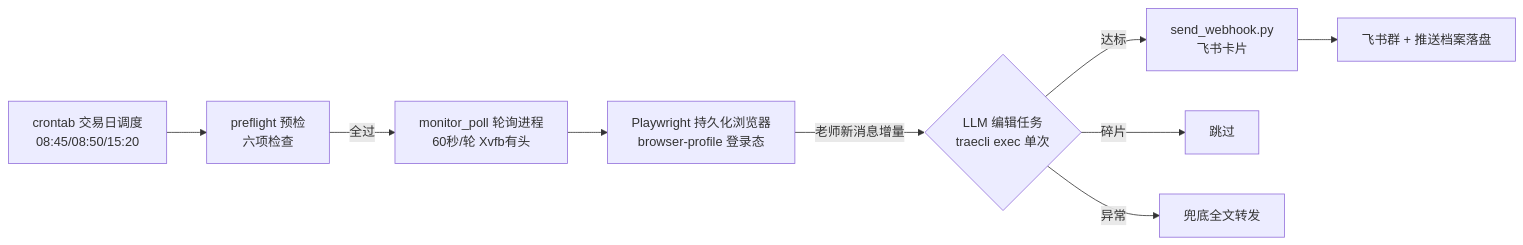
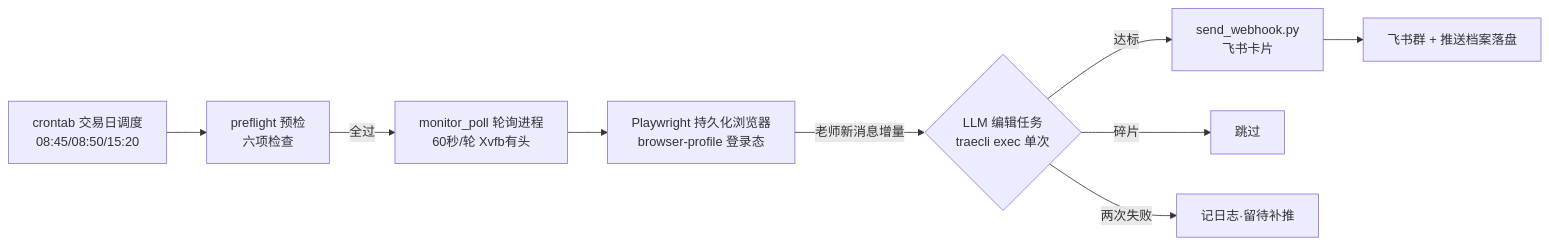
The diagram in docs/直播监控方案.md (seuzxh/live-monitor-agent), drawn with Mermaid before and after one commit. The commit also changed other lines of this file and 2 other files, not shown here.

First line of the commit message:
docs: fix#4/#7 漏网三处同步（流程图节点/数据流注释/deploy 差异表）

````diff
--- a/docs/直播监控方案.md
+++ b/docs/直播监控方案.md
@@ -12,11 +12,11 @@
 ```mermaid
 flowchart LR
     A[crontab 交易日调度<br>08:45/08:50/15:20] --> B[preflight 预检<br>六项检查]
     B -->|全过| C[monitor_poll 轮询进程<br>60秒/轮 Xvfb有头]
     C --> D[Playwright 持久化浏览器<br>browser-profile 登录态]
     D -->|老师新消息增量| E{LLM 编辑任务<br>traecli exec 单次}
     E -->|达标| F[send_webhook.py<br>飞书卡片]
     E -->|碎片| G[跳过]
-    E -->|异常| H[兜底全文转发]
+    E -->|两次失败| H[记日志·留待补推]
     F --> I[飞书群 + 推送档案落盘]
 ```
````
